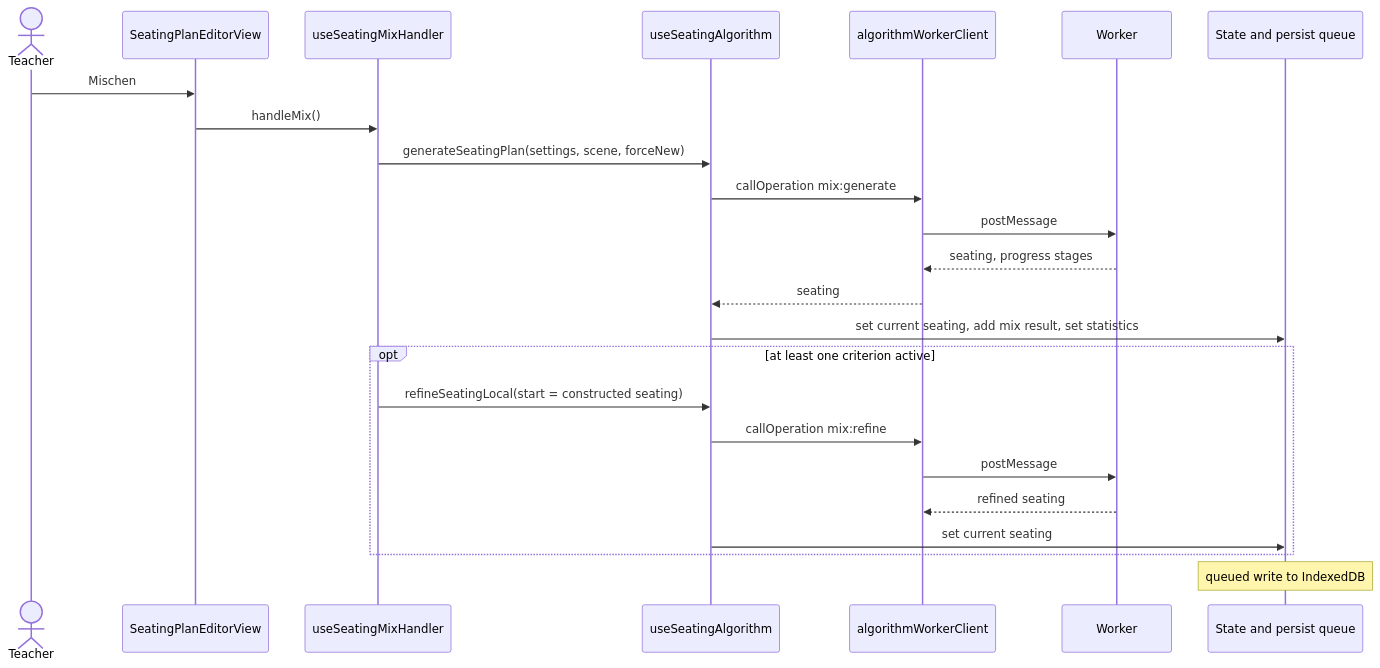
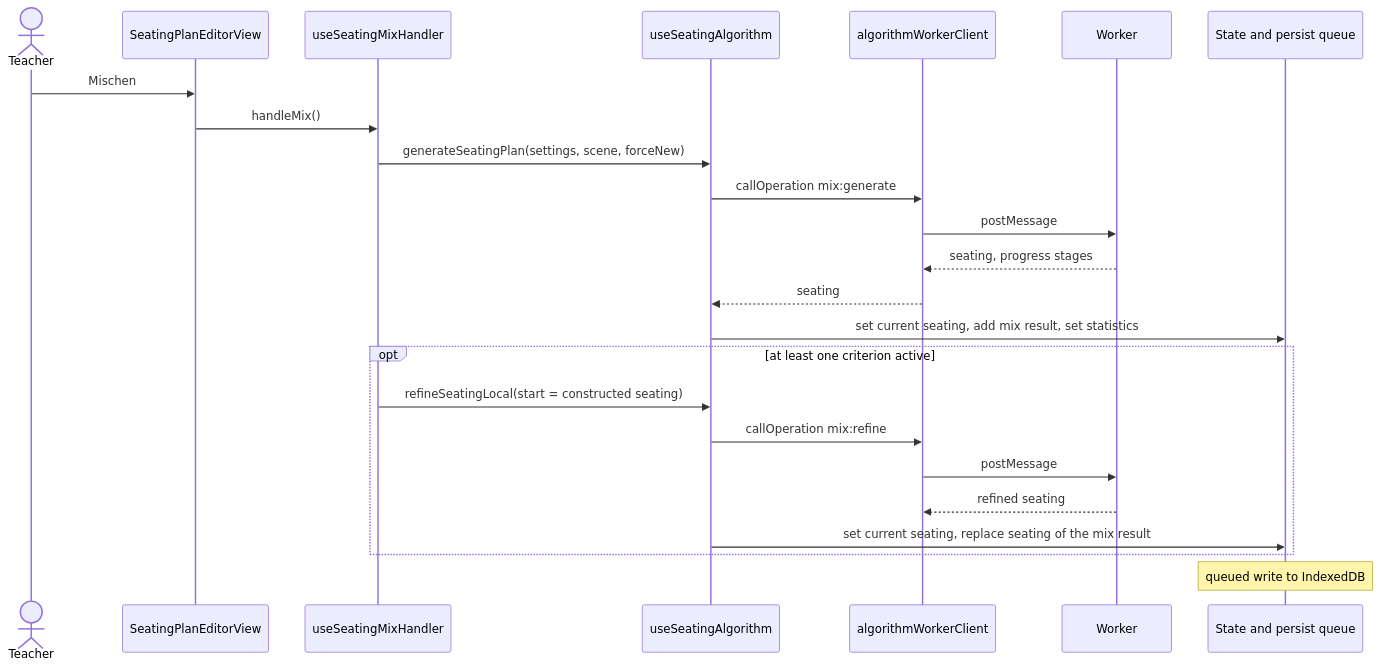
One commit to SirEckehard/Klassenplan changed the second of 3 diagrams in docs/ARCHITECTURE.md. Above: the diagram before and after it, drawn with Mermaid. The commit also changed other lines of this file and 39 other files, not shown here.

````diff
--- a/docs/ARCHITECTURE.md
+++ b/docs/ARCHITECTURE.md
@@ -187,27 +187,27 @@
 ```mermaid
 sequenceDiagram
   actor teacher as Teacher
   participant view as SeatingPlanEditorView
   participant mix as useSeatingMixHandler
   participant algo as useSeatingAlgorithm
   participant client as algorithmWorkerClient
   participant worker as Worker
   participant state as State and persist queue
 
   teacher->>view: Mischen
   view->>mix: handleMix()
   mix->>algo: generateSeatingPlan(settings, scene, forceNew)
   algo->>client: callOperation mix:generate
   client->>worker: postMessage
   worker-->>client: seating, progress stages
   client-->>algo: seating
   algo->>state: set current seating, add mix result, set statistics
   opt at least one criterion active
     mix->>algo: refineSeatingLocal(start = constructed seating)
     algo->>client: callOperation mix:refine
     client->>worker: postMessage
     worker-->>client: refined seating
-    algo->>state: set current seating
+    algo->>state: set current seating, replace seating of the mix result
   end
   Note over state: queued write to IndexedDB
 ```
````
